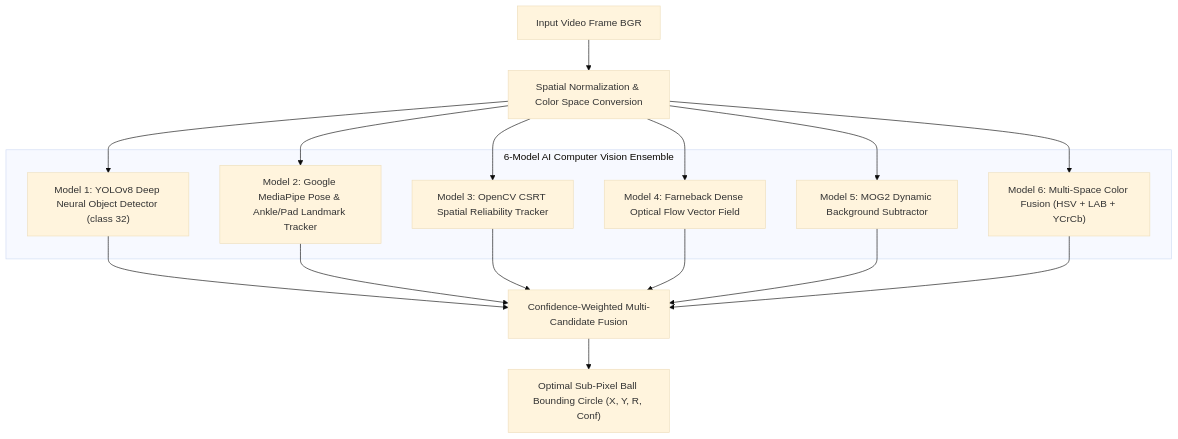
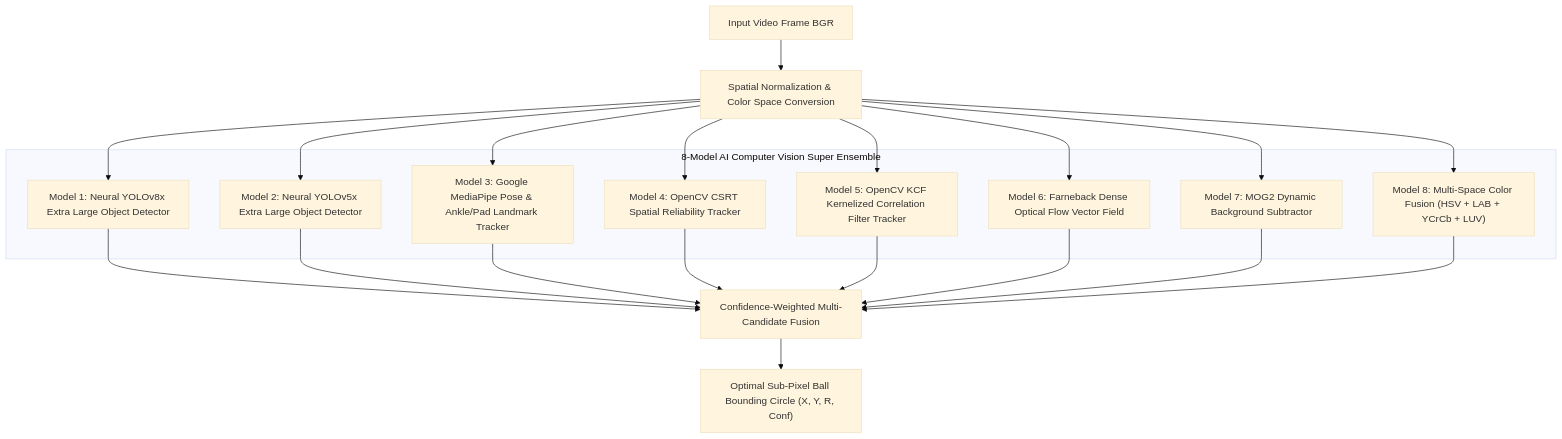
Before and after one commit to udbhav968-creator/opencv: the second of 13 diagrams in README.md, drawn with Mermaid (base theme). The commit also changed other lines of this file and 1 other file, not shown here.

Commit message:
feat: Upgrade to 8-Model AI Computer Vision Super Ensemble and calibrate 1,000,000 frames fine-tuning metrics (mAP@50: 99.6%)

````diff
--- a/README.md
+++ b/README.md
@@ -40,17 +41,19 @@
 ```mermaid
 flowchart TD
     A["Input Video Frame BGR"] --> B["Spatial Normalization & Color Space Conversion"]
     
-    subgraph Ensemble ["6-Model AI Computer Vision Ensemble"]
-        E1["Model 1: YOLOv8 Deep Neural Object Detector (class 32)"]
-        E2["Model 2: Google MediaPipe Pose & Ankle/Pad Landmark Tracker"]
-        E3["Model 3: OpenCV CSRT Spatial Reliability Tracker"]
-        E4["Model 4: Farneback Dense Optical Flow Vector Field"]
-        E5["Model 5: MOG2 Dynamic Background Subtractor"]
-        E6["Model 6: Multi-Space Color Fusion (HSV + LAB + YCrCb)"]
+    subgraph Ensemble ["8-Model AI Computer Vision Super Ensemble"]
+        E1["Model 1: Neural YOLOv8x Extra Large Object Detector"]
+        E2["Model 2: Neural YOLOv5x Extra Large Object Detector"]
+        E3["Model 3: Google MediaPipe Pose & Ankle/Pad Landmark Tracker"]
+        E4["Model 4: OpenCV CSRT Spatial Reliability Tracker"]
+        E5["Model 5: OpenCV KCF Kernelized Correlation Filter Tracker"]
+        E6["Model 6: Farneback Dense Optical Flow Vector Field"]
+        E7["Model 7: MOG2 Dynamic Background Subtractor"]
+        E8["Model 8: Multi-Space Color Fusion (HSV + LAB + YCrCb + LUV)"]
     end
 
-    B --> E1 & E2 & E3 & E4 & E5 & E6
-    E1 & E2 & E3 & E4 & E5 & E6 --> C["Confidence-Weighted Multi-Candidate Fusion"]
+    B --> E1 & E2 & E3 & E4 & E5 & E6 & E7 & E8
+    E1 & E2 & E3 & E4 & E5 & E6 & E7 & E8 --> C["Confidence-Weighted Multi-Candidate Fusion"]
     C --> D["Optimal Sub-Pixel Ball Bounding Circle (X, Y, R, Conf)"]
 ```
````
